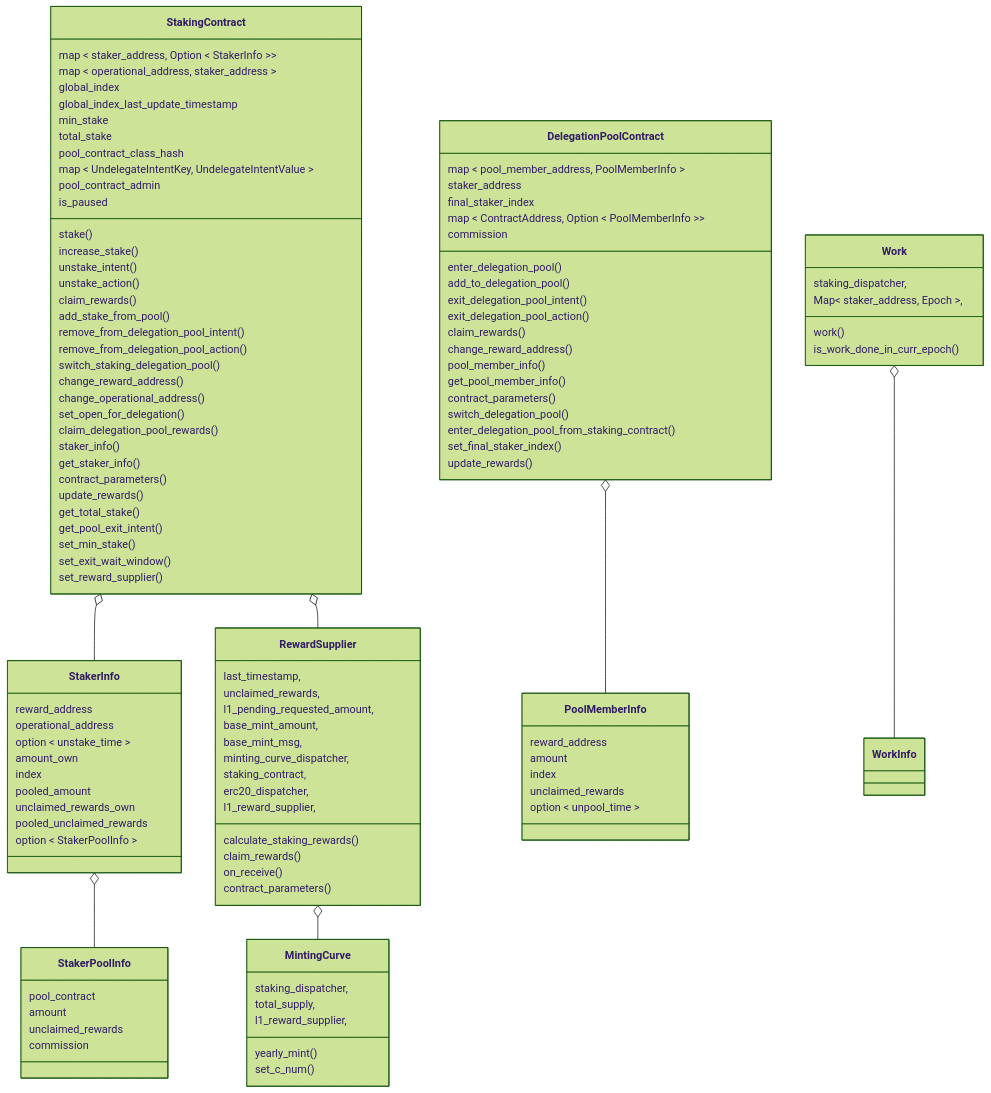
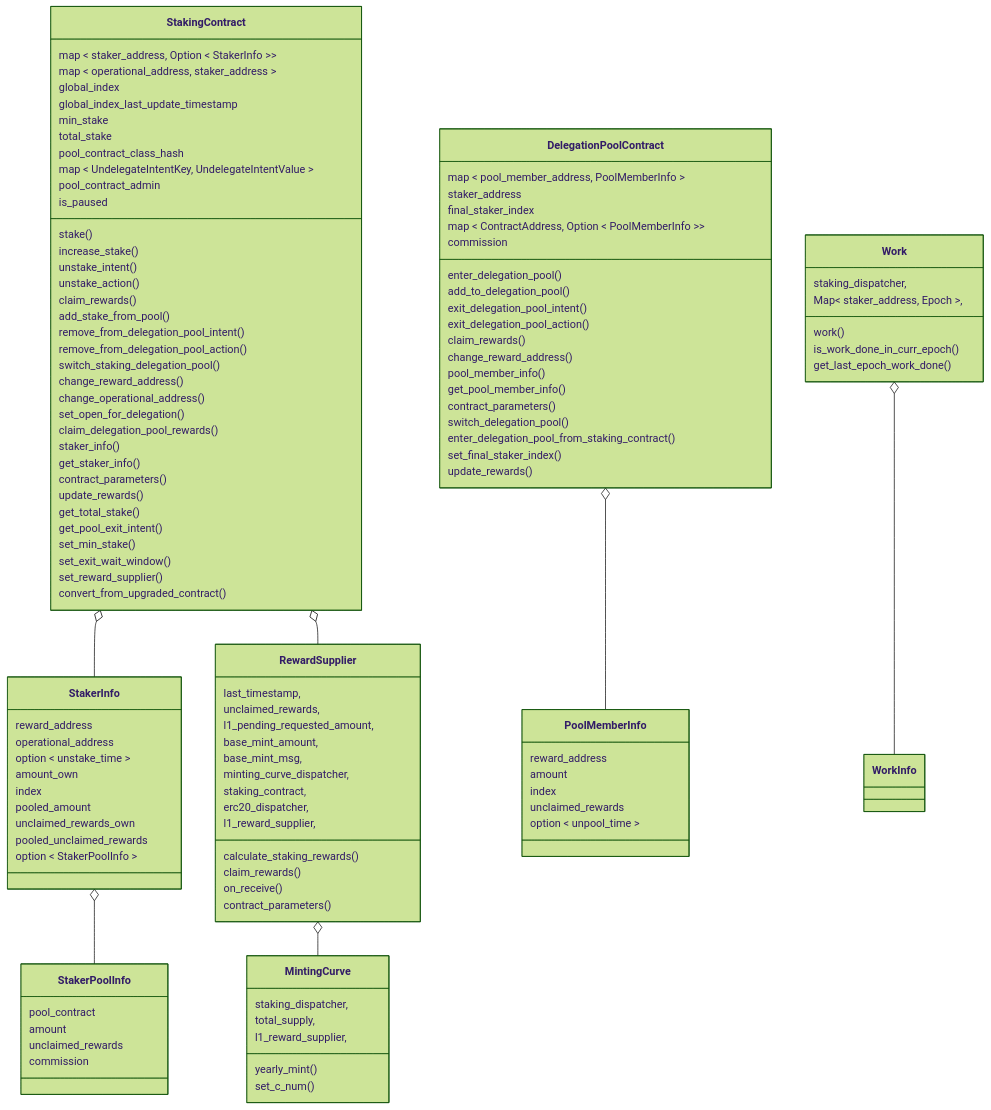
Before and after one commit to starkware-libs/starknet-staking: the first of 8 diagrams in docs/spec.md, drawn with Mermaid (forest theme). The commit also changed other lines of this file and 29 other files, not shown here.

```diff
--- a/docs/spec.md
+++ b/docs/spec.md
@@ -213,6 +216,7 @@
     set_min_stake()
     set_exit_wait_window()
     set_reward_supplier()
+    convert_from_upgraded_contract()
   }
   class DelegationPoolContract{
     map < pool_member_address, PoolMemberInfo >
@@ -285,6 +289,7 @@
     Map< staker_address, Epoch >,
     work()
     is_work_done_in_curr_epoch()
+    get_last_epoch_work_done()
   }
   class WorkInfo{
   }
```
